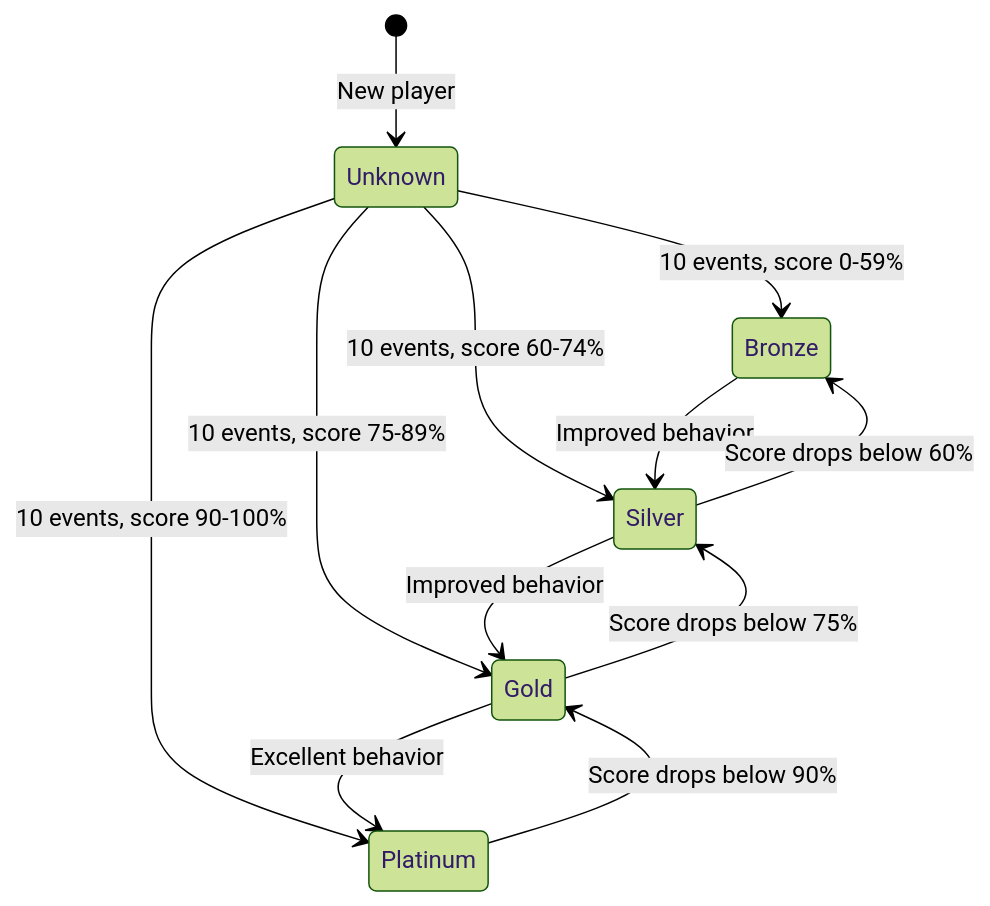
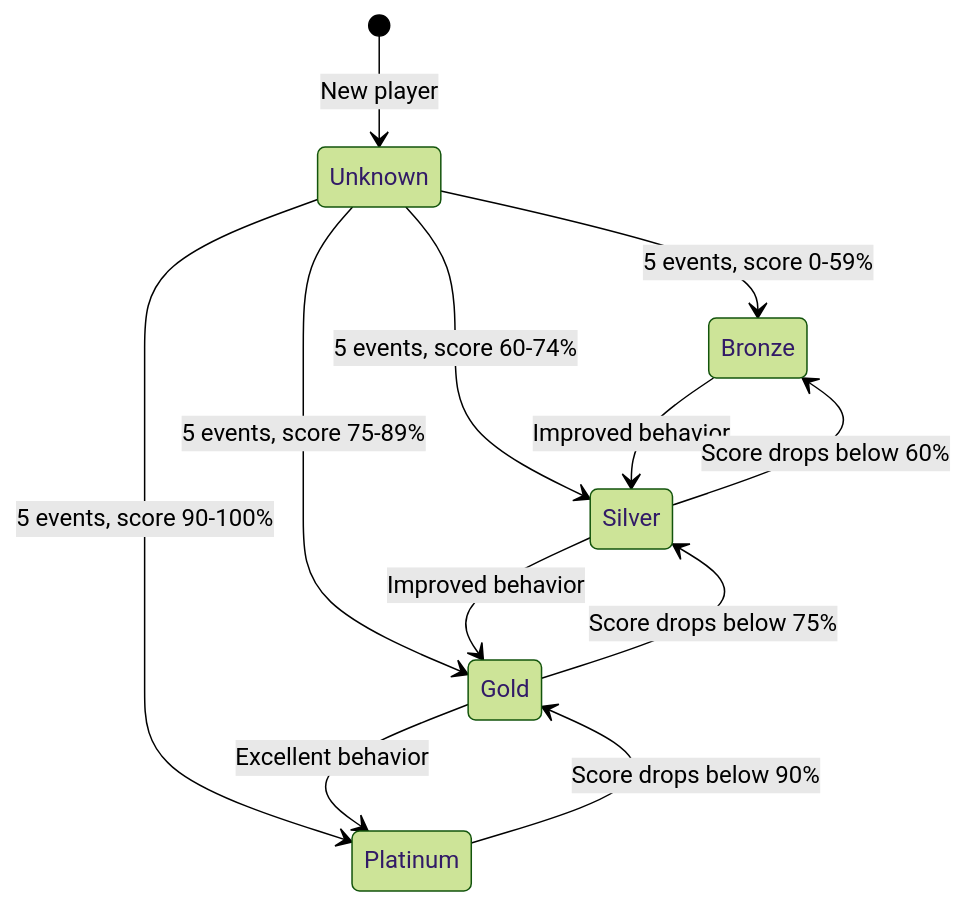
Before and after one commit to rallia-app/Rallia: the diagram in specs/05-reputation/reputation-overview.md, drawn with Mermaid (forest theme). The commit also changed other lines of this file and 12 other files, not shown here.

````diff
--- a/specs/05-reputation/reputation-overview.md
+++ b/specs/05-reputation/reputation-overview.md
@@ -60,16 +60,16 @@
 ```mermaid
 stateDiagram-v2
     [*] --> Unknown: New player
-    Unknown --> Bronze: 10 events, score 0-59%
-    Unknown --> Silver: 10 events, score 60-74%
-    Unknown --> Gold: 10 events, score 75-89%
-    Unknown --> Platinum: 10 events, score 90-100%
+    Unknown --> Bronze: 5 events, score 0-59%
+    Unknown --> Silver: 5 events, score 60-74%
+    Unknown --> Gold: 5 events, score 75-89%
+    Unknown --> Platinum: 5 events, score 90-100%
 
     Bronze --> Silver: Improved behavior
     Silver --> Gold: Improved behavior
     Gold --> Platinum: Excellent behavior
 
     Platinum --> Gold: Score drops below 90%
     Gold --> Silver: Score drops below 75%
     Silver --> Bronze: Score drops below 60%
 ```
````
